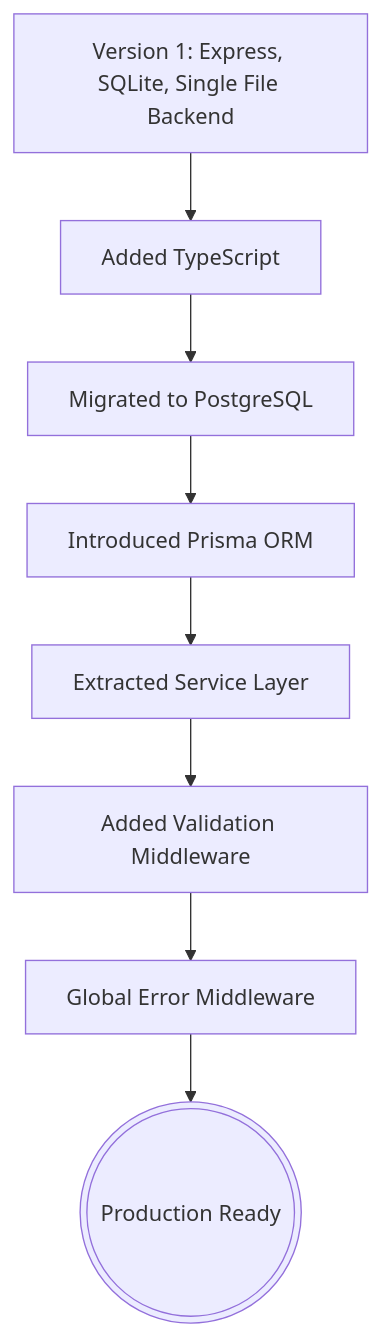
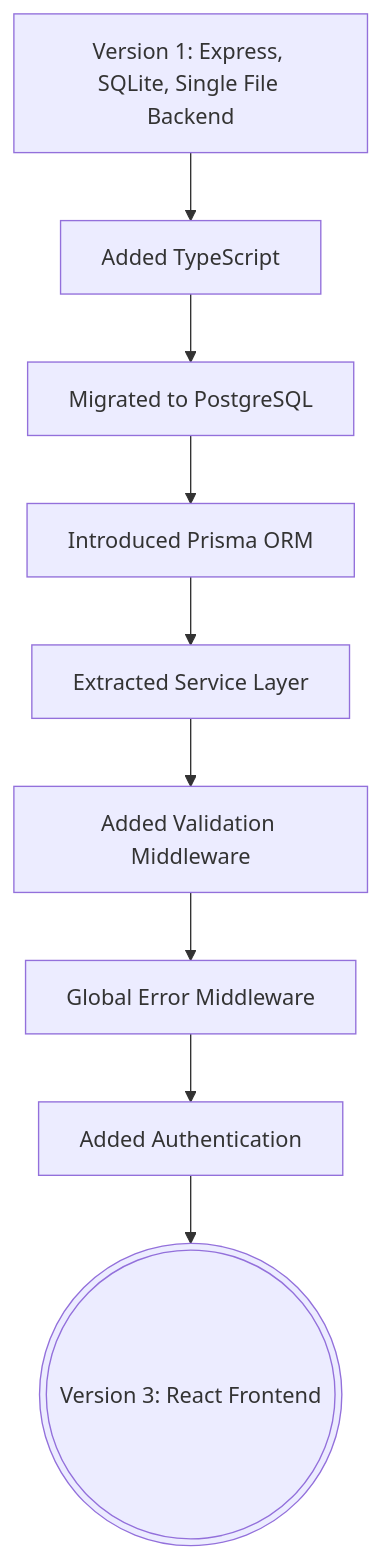
One commit to Dunkrick/nook changed the second of 2 diagrams in docs/architecture.md. Above: the diagram before and after it, drawn with Mermaid. The commit also changed other lines of this file and 5 other files, not shown here.

````diff
--- a/docs/architecture.md
+++ b/docs/architecture.md
@@ -67,11 +67,12 @@
 ```mermaid
 flowchart TD
     V1[Version 1: Express, SQLite, Single File Backend] --> V2
     V2[Added TypeScript] --> V3
     V3[Migrated to PostgreSQL] --> V4
     V4[Introduced Prisma ORM] --> V5
     V5[Extracted Service Layer] --> V6
     V6[Added Validation Middleware] --> V7
     V7[Global Error Middleware] --> V8
-    V8(((Production Ready)))
+    V8[Added Authentication] --> V9
+    V9(((Version 3: React Frontend)))
 ```
````
